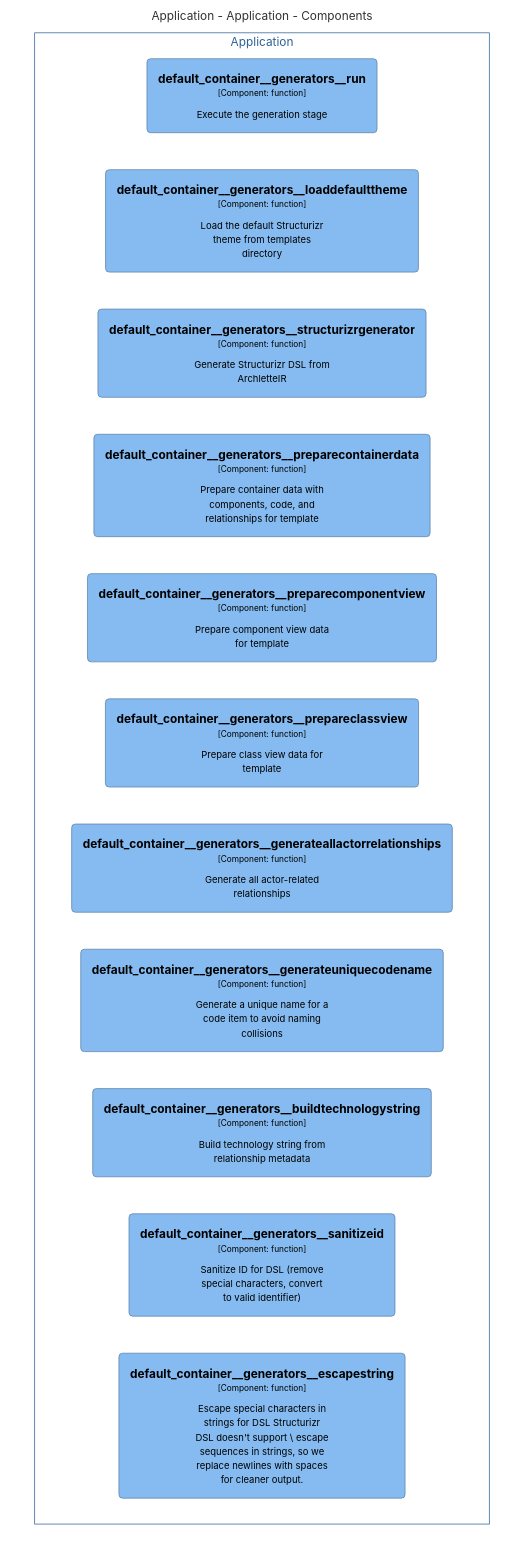
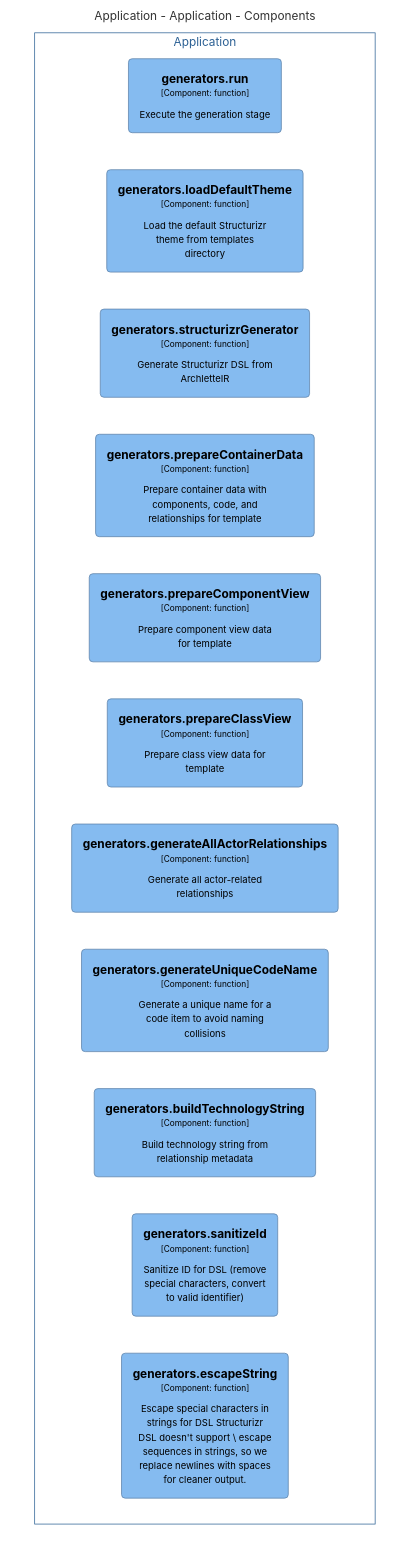
One commit to chrislyons-dev/archlette changed the diagram in docs/architecture/diagrams/mermaid/structurizr-Classes_default_container__generators.mmd. Above: the diagram before and after it, drawn with Mermaid. The commit also changed 43 other files, not shown here.

First line of the commit message:
feat: enhance astro code item extraction

```diff
--- a/docs/architecture/diagrams/mermaid/structurizr-Classes_default_container__generators.mmd
+++ b/docs/architecture/diagrams/mermaid/structurizr-Classes_default_container__generators.mmd
@@ -1,34 +1,34 @@
 graph TB
   linkStyle default fill:#ffffff
 
   subgraph diagram ["Application - Application - Components"]
     style diagram fill:#ffffff,stroke:#ffffff
 
     subgraph 8 ["Application"]
       style 8 fill:#ffffff,stroke:#2e6295,color:#2e6295
 
-      30("<div style='font-weight: bold'>default_container__generators__run</div><div style='font-size: 70%; margin-top: 0px'>[Component: function]</div><div style='font-size: 80%; margin-top:10px'>Execute the generation stage</div>")
+      30("<div style='font-weight: bold'>generators.run</div><div style='font-size: 70%; margin-top: 0px'>[Component: function]</div><div style='font-size: 80%; margin-top:10px'>Execute the generation stage</div>")
       style 30 fill:#85bbf0,stroke:#5d82a8,color:#000000
-      85("<div style='font-weight: bold'>default_container__generators__loaddefaulttheme</div><div style='font-size: 70%; margin-top: 0px'>[Component: function]</div><div style='font-size: 80%; margin-top:10px'>Load the default Structurizr<br />theme from templates<br />directory</div>")
+      85("<div style='font-weight: bold'>generators.loadDefaultTheme</div><div style='font-size: 70%; margin-top: 0px'>[Component: function]</div><div style='font-size: 80%; margin-top:10px'>Load the default Structurizr<br />theme from templates<br />directory</div>")
       style 85 fill:#85bbf0,stroke:#5d82a8,color:#000000
-      86("<div style='font-weight: bold'>default_container__generators__structurizrgenerator</div><div style='font-size: 70%; margin-top: 0px'>[Component: function]</div><div style='font-size: 80%; margin-top:10px'>Generate Structurizr DSL from<br />ArchletteIR</div>")
+      86("<div style='font-weight: bold'>generators.structurizrGenerator</div><div style='font-size: 70%; margin-top: 0px'>[Component: function]</div><div style='font-size: 80%; margin-top:10px'>Generate Structurizr DSL from<br />ArchletteIR</div>")
       style 86 fill:#85bbf0,stroke:#5d82a8,color:#000000
-      87("<div style='font-weight: bold'>default_container__generators__preparecontainerdata</div><div style='font-size: 70%; margin-top: 0px'>[Component: function]</div><div style='font-size: 80%; margin-top:10px'>Prepare container data with<br />components, code, and<br />relationships for template</div>")
+      87("<div style='font-weight: bold'>generators.prepareContainerData</div><div style='font-size: 70%; margin-top: 0px'>[Component: function]</div><div style='font-size: 80%; margin-top:10px'>Prepare container data with<br />components, code, and<br />relationships for template</div>")
       style 87 fill:#85bbf0,stroke:#5d82a8,color:#000000
-      88("<div style='font-weight: bold'>default_container__generators__preparecomponentview</div><div style='font-size: 70%; margin-top: 0px'>[Component: function]</div><div style='font-size: 80%; margin-top:10px'>Prepare component view data<br />for template</div>")
+      88("<div style='font-weight: bold'>generators.prepareComponentView</div><div style='font-size: 70%; margin-top: 0px'>[Component: function]</div><div style='font-size: 80%; margin-top:10px'>Prepare component view data<br />for template</div>")
       style 88 fill:#85bbf0,stroke:#5d82a8,color:#000000
-      89("<div style='font-weight: bold'>default_container__generators__prepareclassview</div><div style='font-size: 70%; margin-top: 0px'>[Component: function]</div><div style='font-size: 80%; margin-top:10px'>Prepare class view data for<br />template</div>")
+      89("<div style='font-weight: bold'>generators.prepareClassView</div><div style='font-size: 70%; margin-top: 0px'>[Component: function]</div><div style='font-size: 80%; margin-top:10px'>Prepare class view data for<br />template</div>")
       style 89 fill:#85bbf0,stroke:#5d82a8,color:#000000
-      90("<div style='font-weight: bold'>default_container__generators__generateallactorrelationships</div><div style='font-size: 70%; margin-top: 0px'>[Component: function]</div><div style='font-size: 80%; margin-top:10px'>Generate all actor-related<br />relationships</div>")
+      90("<div style='font-weight: bold'>generators.generateAllActorRelationships</div><div style='font-size: 70%; margin-top: 0px'>[Component: function]</div><div style='font-size: 80%; margin-top:10px'>Generate all actor-related<br />relationships</div>")
       style 90 fill:#85bbf0,stroke:#5d82a8,color:#000000
-      91("<div style='font-weight: bold'>default_container__generators__generateuniquecodename</div><div style='font-size: 70%; margin-top: 0px'>[Component: function]</div><div style='font-size: 80%; margin-top:10px'>Generate a unique name for a<br />code item to avoid naming<br />collisions</div>")
+      91("<div style='font-weight: bold'>generators.generateUniqueCodeName</div><div style='font-size: 70%; margin-top: 0px'>[Component: function]</div><div style='font-size: 80%; margin-top:10px'>Generate a unique name for a<br />code item to avoid naming<br />collisions</div>")
       style 91 fill:#85bbf0,stroke:#5d82a8,color:#000000
-      92("<div style='font-weight: bold'>default_container__generators__buildtechnologystring</div><div style='font-size: 70%; margin-top: 0px'>[Component: function]</div><div style='font-size: 80%; margin-top:10px'>Build technology string from<br />relationship metadata</div>")
+      92("<div style='font-weight: bold'>generators.buildTechnologyString</div><div style='font-size: 70%; margin-top: 0px'>[Component: function]</div><div style='font-size: 80%; margin-top:10px'>Build technology string from<br />relationship metadata</div>")
       style 92 fill:#85bbf0,stroke:#5d82a8,color:#000000
-      93("<div style='font-weight: bold'>default_container__generators__sanitizeid</div><div style='font-size: 70%; margin-top: 0px'>[Component: function]</div><div style='font-size: 80%; margin-top:10px'>Sanitize ID for DSL (remove<br />special characters, convert<br />to valid identifier)</div>")
+      93("<div style='font-weight: bold'>generators.sanitizeId</div><div style='font-size: 70%; margin-top: 0px'>[Component: function]</div><div style='font-size: 80%; margin-top:10px'>Sanitize ID for DSL (remove<br />special characters, convert<br />to valid identifier)</div>")
       style 93 fill:#85bbf0,stroke:#5d82a8,color:#000000
-      94("<div style='font-weight: bold'>default_container__generators__escapestring</div><div style='font-size: 70%; margin-top: 0px'>[Component: function]</div><div style='font-size: 80%; margin-top:10px'>Escape special characters in<br />strings for DSL Structurizr<br />DSL doesn't support \ escape<br />sequences in strings, so we<br />replace newlines with spaces<br />for cleaner output.</div>")
+      94("<div style='font-weight: bold'>generators.escapeString</div><div style='font-size: 70%; margin-top: 0px'>[Component: function]</div><div style='font-size: 80%; margin-top:10px'>Escape special characters in<br />strings for DSL Structurizr<br />DSL doesn't support \ escape<br />sequences in strings, so we<br />replace newlines with spaces<br />for cleaner output.</div>")
       style 94 fill:#85bbf0,stroke:#5d82a8,color:#000000
     end
 
   end
```
